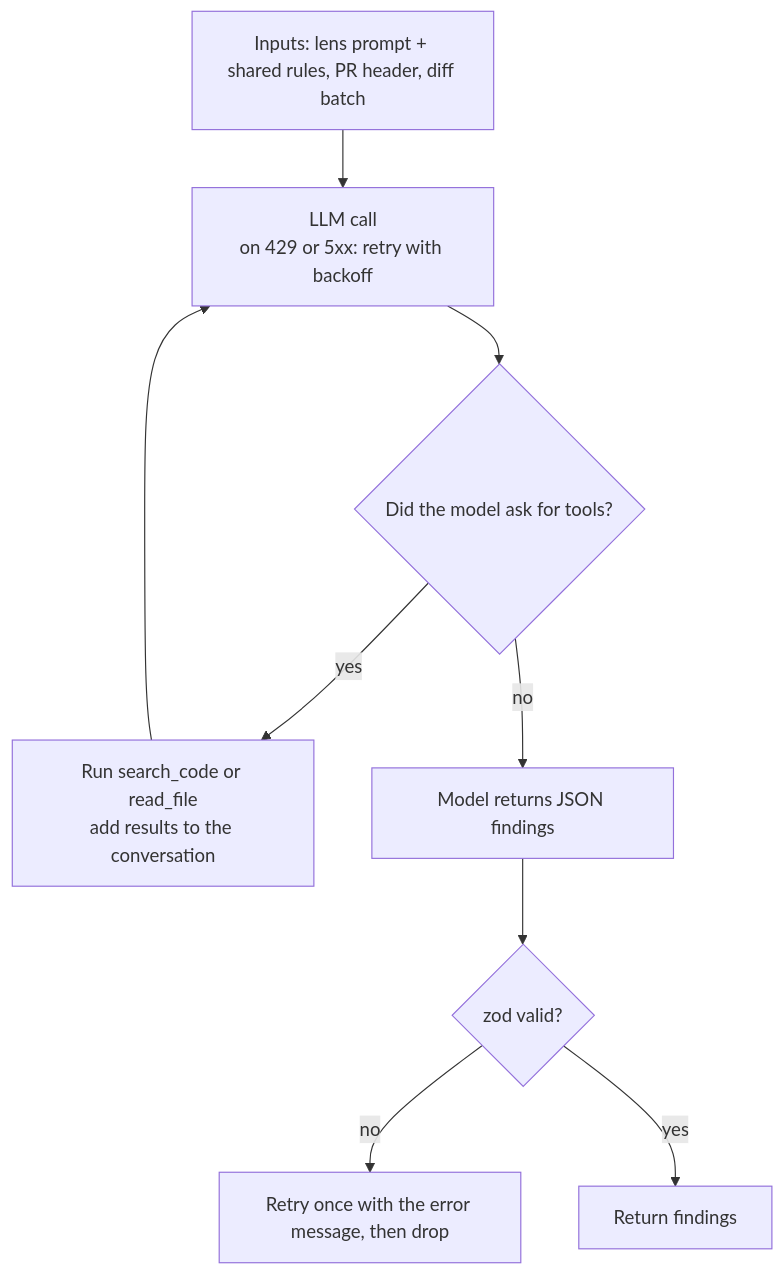
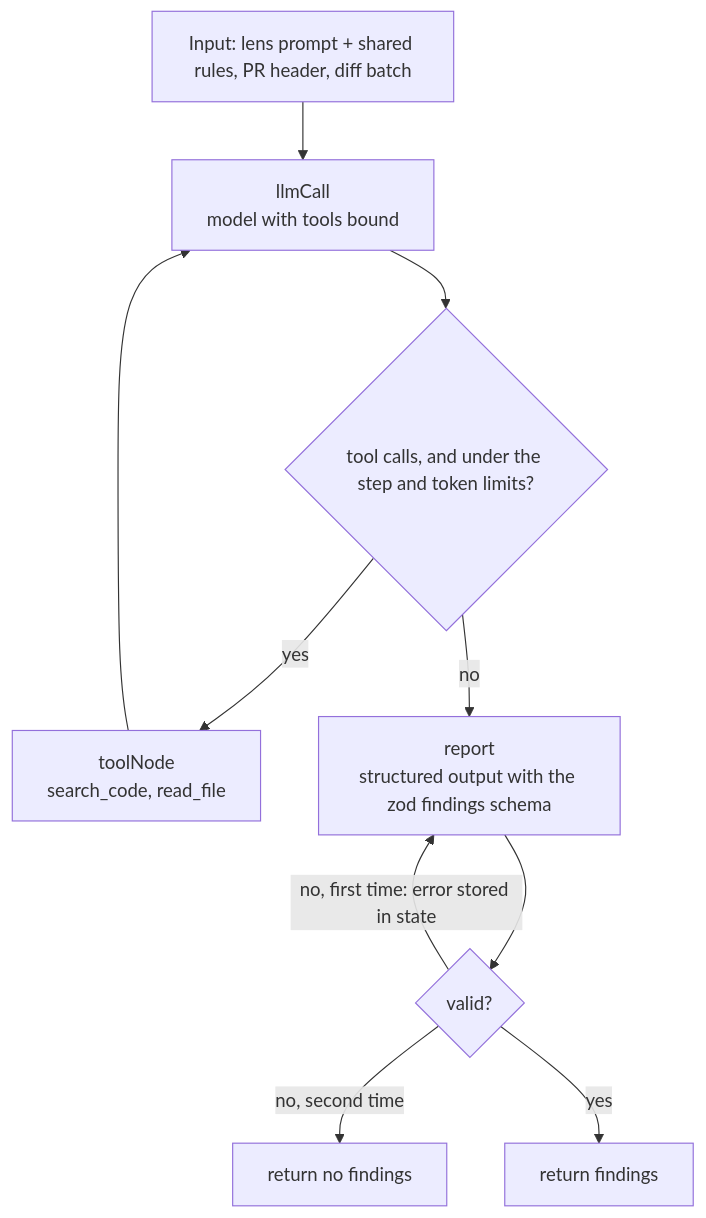
Before and after one commit to d-Bharti001/pr-review-agent: the second of 2 diagrams in Plan.md, drawn with Mermaid. The commit also changed other lines of this file and 1 other file, not shown here.

````diff
--- a/Plan.md
+++ b/Plan.md
@@ -135,12 +164,12 @@
 ```mermaid
 flowchart TD
-    A["Inputs: lens prompt + shared rules, PR header, diff batch"]
-    A --> B["LLM call<br/>on 429 or 5xx: retry with backoff"]
-    B --> C{"Did the model ask for tools?"}
-    C -- yes --> D["Run search_code or read_file<br/>add results to the conversation"]
-    D --> B
-    C -- no --> E["Model returns JSON findings"]
-    E --> F{"zod valid?"}
-    F -- no --> G["Retry once with the error message, then drop"]
-    F -- yes --> H["Return findings"]
+    S["Input: lens prompt + shared rules, PR header, diff batch"] --> L["llmCall<br/>model with tools bound"]
+    L --> T{"tool calls, and under the step and token limits?"}
+    T -- yes --> R["toolNode<br/>search_code, read_file"]
+    R --> L
+    T -- no --> O["report<br/>structured output with the zod findings schema"]
+    O --> V{"valid?"}
+    V -- "no, first time: error stored in state" --> O
+    V -- "no, second time" --> X["return no findings"]
+    V -- yes --> D["return findings"]
 ```
````
